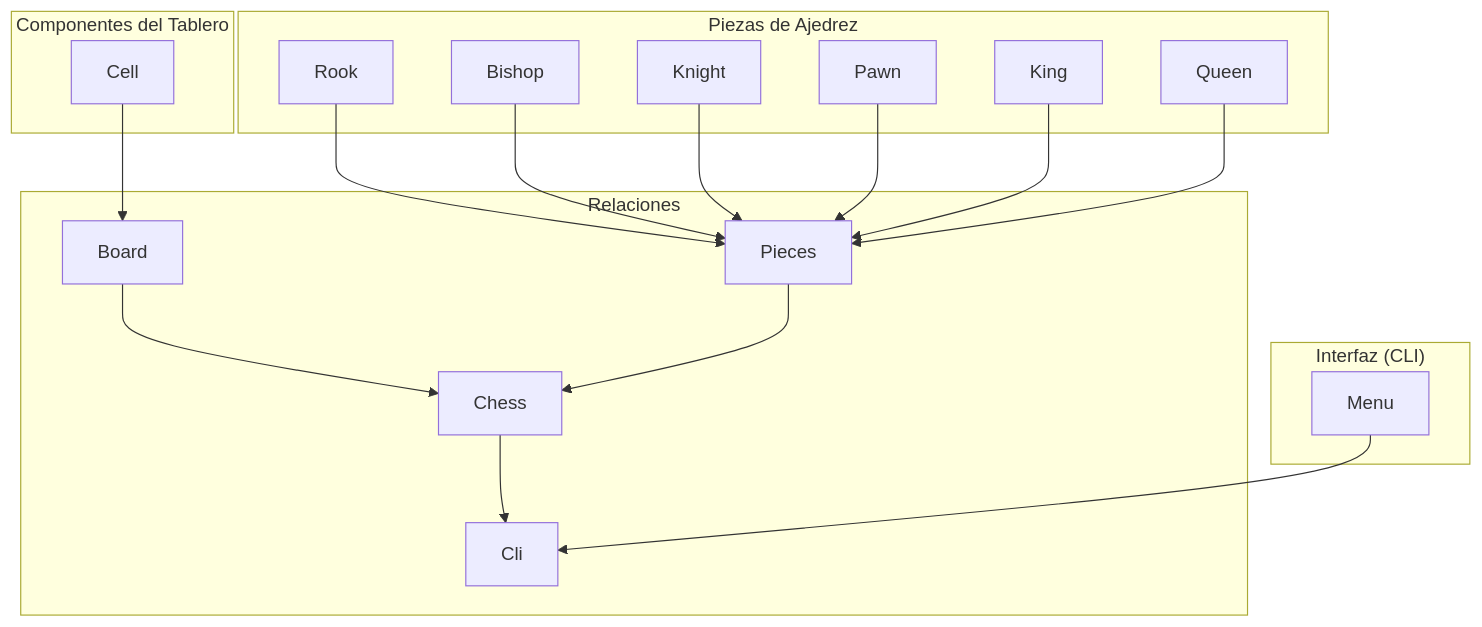
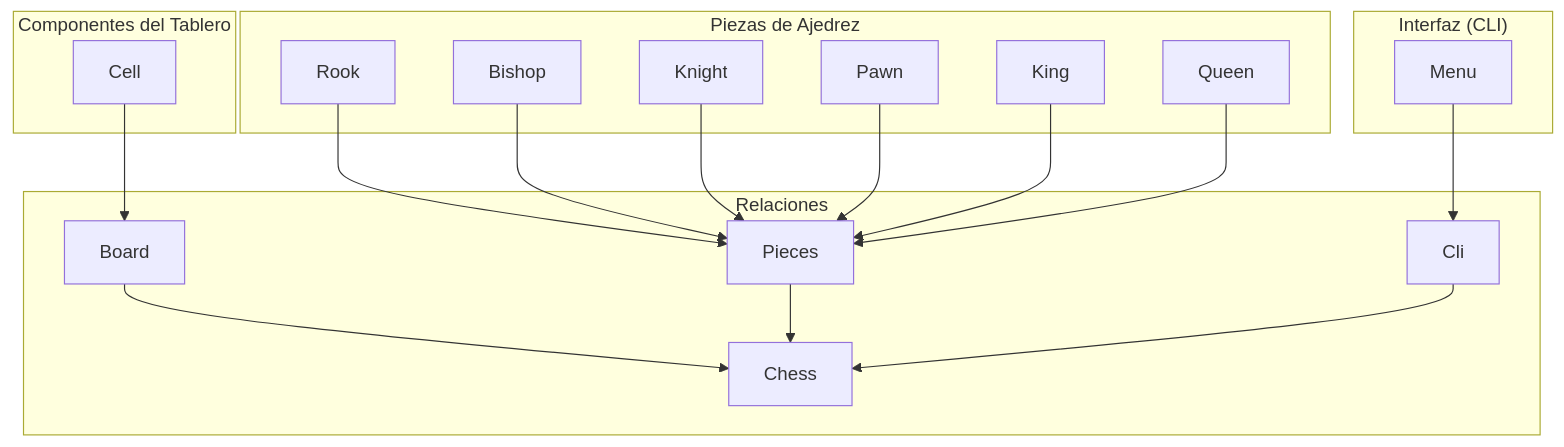
The diagram in README.md (um-computacion-tm/ajedrez-2024-AugustoGiuffrida), drawn with Mermaid before and after one commit.

````diff
--- a/README.md
+++ b/README.md
@@ -83,26 +83,26 @@
 ```mermaid
 graph TD;
 
     subgraph "Relaciones"
         Board --> Chess 
         Pieces --> Chess
-        Chess --> Cli
+        Cli --> Chess
     end
 
     subgraph "Interfaz (CLI)"
         Menu --> Cli
     end
 
     subgraph "Componentes del Tablero"
         Cell --> Board
     end
 
     subgraph "Piezas de Ajedrez"
         Rook   --> Pieces
         Bishop --> Pieces  
         Knight --> Pieces
         Pawn --> Pieces
         King --> Pieces
         Queen --> Pieces
     end
 ```
````
